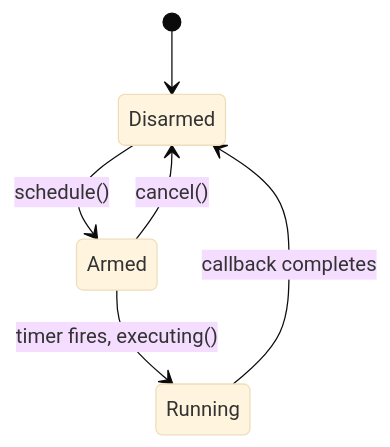
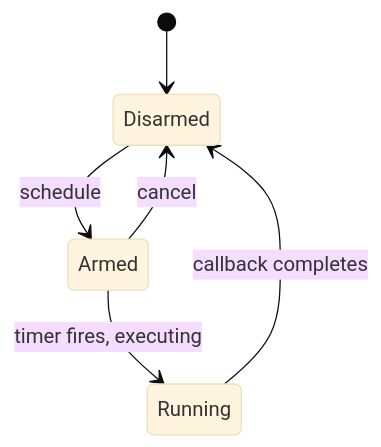
One commit to fwrite0920/aosp-internal-book changed the tenth of 42 diagrams in 24-display-system.md. Above: the diagram before and after it, drawn with Mermaid (base theme). The commit also changed other lines of this file and 6 other files, not shown here.

First line of the commit message:
Fix Mermaid diagrams and formatting in Parts V-VI (chapters 18-25)

````diff
--- a/24-display-system.md
+++ b/24-display-system.md
@@ -819,8 +819,8 @@
 ```mermaid
 stateDiagram-v2
     [*] --> Disarmed
-    Disarmed --> Armed : schedule()
-    Armed --> Running : timer fires, executing()
+    Disarmed --> Armed : schedule
+    Armed --> Running : timer fires, executing
     Running --> Disarmed : callback completes
-    Armed --> Disarmed : cancel()
+    Armed --> Disarmed : cancel
 ```
````
